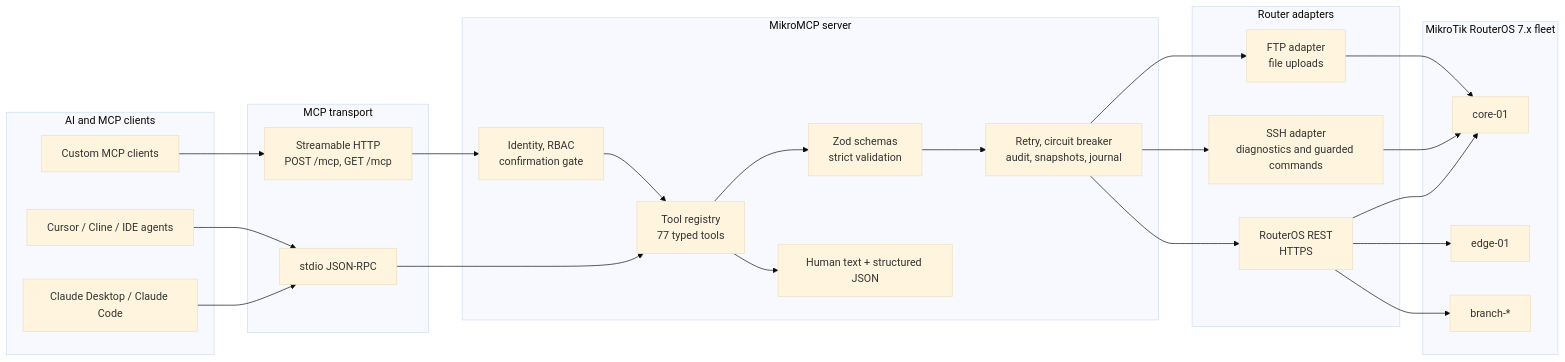
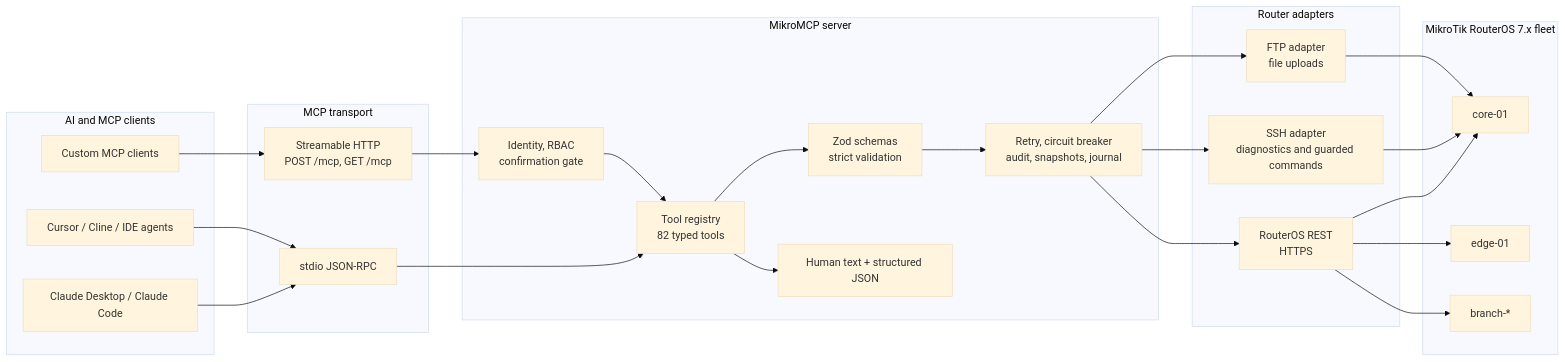
Before and after one commit to AliKarami/MikroMCP: the first of 3 diagrams in docs/wiki/Architecture.md, drawn with Mermaid (base theme). The commit also changed other lines of this file and 24 other files, not shown here.

````diff
--- a/docs/wiki/Architecture.md
+++ b/docs/wiki/Architecture.md
@@ -5,51 +5,51 @@
 ```mermaid
 flowchart LR
     subgraph Clients["AI and MCP clients"]
         Claude["Claude Desktop / Claude Code"]
         Cursor["Cursor / Cline / IDE agents"]
         Service["Custom MCP clients"]
     end
 
     subgraph Transport["MCP transport"]
         Stdio["stdio JSON-RPC"]
         Http["Streamable HTTP\nPOST /mcp, GET /mcp"]
     end
 
     subgraph Core["MikroMCP server"]
-        Registry["Tool registry\n77 typed tools"]
+        Registry["Tool registry\n82 typed tools"]
         Schemas["Zod schemas\nstrict validation"]
         Auth["Identity, RBAC\nconfirmation gate"]
         Safety["Retry, circuit breaker\naudit, snapshots, journal"]
         Format["Human text + structured JSON"]
     end
 
     subgraph Adapters["Router adapters"]
         Rest["RouterOS REST\nHTTPS"]
         Ssh["SSH adapter\ndiagnostics and guarded commands"]
         Ftp["FTP adapter\nfile uploads"]
     end
 
     subgraph Routers["MikroTik RouterOS 7.x fleet"]
         CoreRouter["core-01"]
         EdgeRouter["edge-01"]
         BranchRouter["branch-*"]
     end
 
     Claude --> Stdio
     Cursor --> Stdio
     Service --> Http
     Stdio --> Registry
     Http --> Auth
     Auth --> Registry
     Registry --> Schemas
     Schemas --> Safety
     Safety --> Rest
     Safety --> Ssh
     Safety --> Ftp
     Rest --> CoreRouter
     Rest --> EdgeRouter
     Rest --> BranchRouter
     Ssh --> CoreRouter
     Ftp --> CoreRouter
     Registry --> Format
 ```
````
